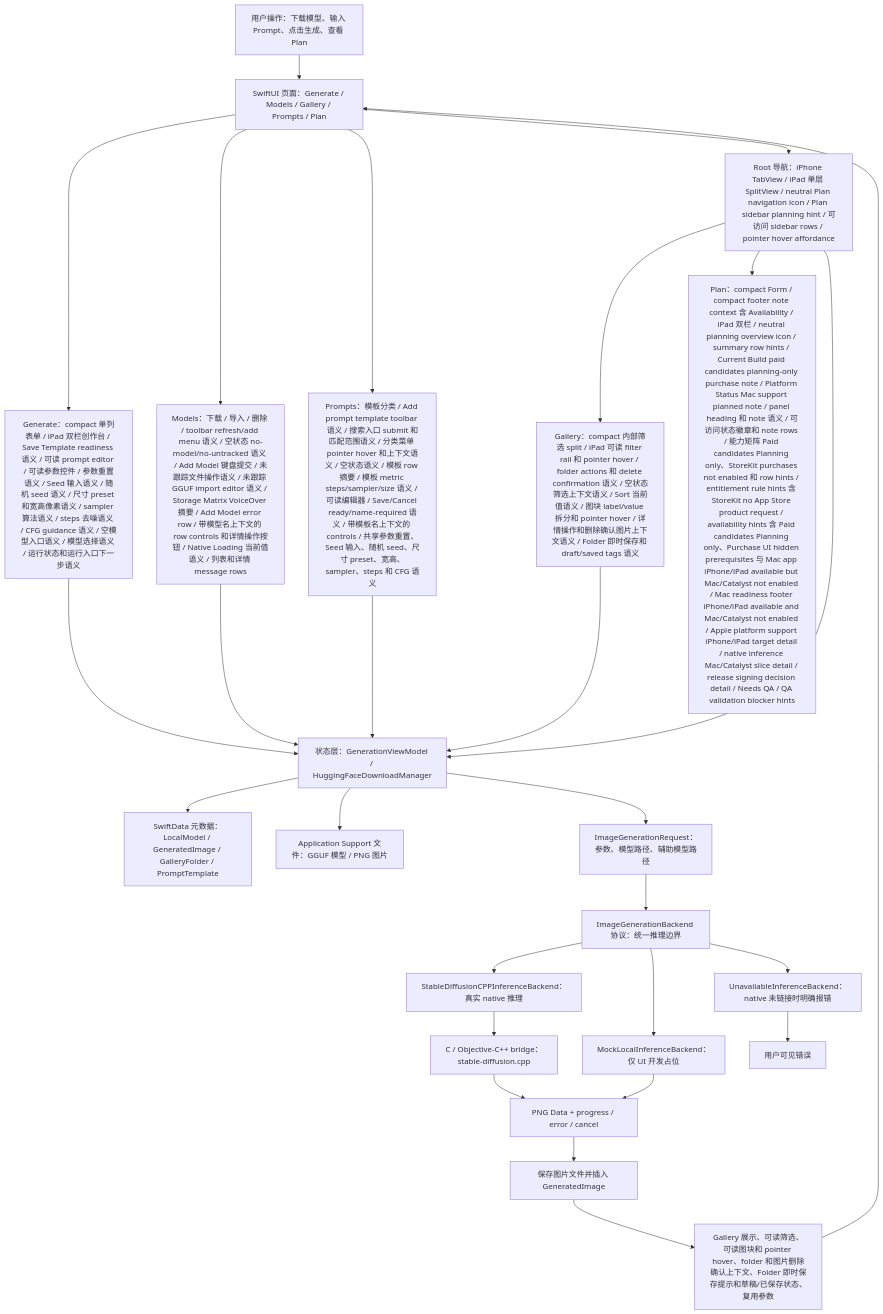
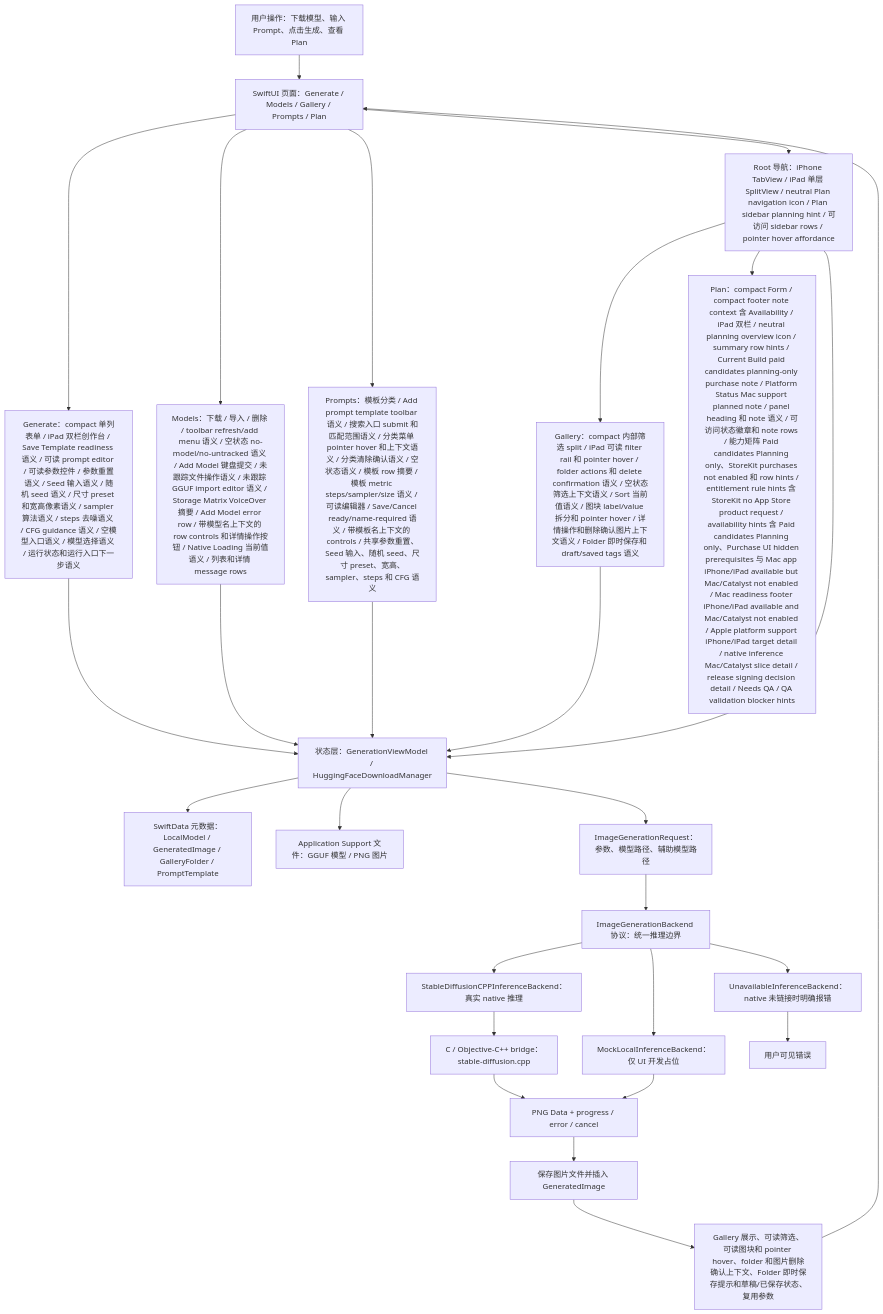
Before and after one commit to Altman-sam114/118: the first of 7 diagrams in md/flow/flowchart.md, drawn with Mermaid. The commit also changed 5 other files, not shown here.

````diff
--- a/md/flow/flowchart.md
+++ b/md/flow/flowchart.md
@@ -9,29 +9,29 @@
 ```mermaid
 flowchart TD
   U["用户操作：下载模型、输入 Prompt、点击生成、查看 Plan"] --> UI["SwiftUI 页面：Generate / Models / Gallery / Prompts / Plan"]
   UI --> GENUI["Generate：compact 单列表单 / iPad 双栏创作台 / Save Template readiness 语义 / 可读 prompt editor / 可读参数控件 / 参数重置语义 / Seed 输入语义 / 随机 seed 语义 / 尺寸 preset 和宽高像素语义 / sampler 算法语义 / steps 去噪语义 / CFG guidance 语义 / 空模型入口语义 / 模型选择语义 / 运行状态和运行入口下一步语义"]
   UI --> MODELUI["Models：下载 / 导入 / 删除 / toolbar refresh/add menu 语义 / 空状态 no-model/no-untracked 语义 / Add Model 键盘提交 / 未跟踪文件操作语义 / 未跟踪 GGUF import editor 语义 / Storage Matrix VoiceOver 摘要 / Add Model error row / 带模型名上下文的 row controls 和详情操作按钮 / Native Loading 当前值语义 / 列表和详情 message rows"]
-  UI --> PROMPTUI["Prompts：模板分类 / Add prompt template toolbar 语义 / 搜索入口 submit 和匹配范围语义 / 分类菜单 pointer hover 和上下文语义 / 空状态语义 / 模板 row 摘要 / 模板 metric steps/sampler/size 语义 / 可读编辑器 / Save/Cancel ready/name-required 语义 / 带模板名上下文的 controls / 共享参数重置、Seed 输入、随机 seed、尺寸 preset、宽高、sampler、steps 和 CFG 语义"]
+  UI --> PROMPTUI["Prompts：模板分类 / Add prompt template toolbar 语义 / 搜索入口 submit 和匹配范围语义 / 分类菜单 pointer hover 和上下文语义 / 分类清除确认语义 / 空状态语义 / 模板 row 摘要 / 模板 metric steps/sampler/size 语义 / 可读编辑器 / Save/Cancel ready/name-required 语义 / 带模板名上下文的 controls / 共享参数重置、Seed 输入、随机 seed、尺寸 preset、宽高、sampler、steps 和 CFG 语义"]
   UI --> NAV["Root 导航：iPhone TabView / iPad 单层 SplitView / neutral Plan navigation icon / Plan sidebar planning hint / 可访问 sidebar rows / pointer hover affordance"]
   NAV --> GALUI["Gallery：compact 内部筛选 split / iPad 可读 filter rail 和 pointer hover / folder actions 和 delete confirmation 语义 / 空状态筛选上下文语义 / Sort 当前值语义 / 图块 label/value 拆分和 pointer hover / 详情操作和删除确认图片上下文语义 / Folder 即时保存和 draft/saved tags 语义"]
   NAV --> PLANUI["Plan：compact Form / compact footer note context 含 Availability / iPad 双栏 / neutral planning overview icon / summary row hints / Current Build paid candidates planning-only purchase note / Platform Status Mac support planned note / panel heading 和 note 语义 / 可访问状态徽章和 note rows / 能力矩阵 Paid candidates Planning only、StoreKit purchases not enabled 和 row hints / entitlement rule hints 含 StoreKit no App Store product request / availability hints 含 Paid candidates Planning only、Purchase UI hidden prerequisites 与 Mac app iPhone/iPad available but Mac/Catalyst not enabled / Mac readiness footer iPhone/iPad available and Mac/Catalyst not enabled / Apple platform support iPhone/iPad target detail / native inference Mac/Catalyst slice detail / release signing decision detail / Needs QA / QA validation blocker hints"]
   NAV --> VM["状态层：GenerationViewModel / HuggingFaceDownloadManager"]
   GENUI --> VM
   MODELUI --> VM
   PROMPTUI --> VM
   GALUI --> VM
   VM --> SD["SwiftData 元数据：LocalModel / GeneratedImage / GalleryFolder / PromptTemplate"]
   VM --> FS["Application Support 文件：GGUF 模型 / PNG 图片"]
   VM --> REQ["ImageGenerationRequest：参数、模型路径、辅助模型路径"]
   REQ --> IFACE["ImageGenerationBackend 协议：统一推理边界"]
   IFACE --> NATIVE["StableDiffusionCPPInferenceBackend：真实 native 推理"]
   IFACE --> MOCK["MockLocalInferenceBackend：仅 UI 开发占位"]
   IFACE --> OFF["UnavailableInferenceBackend：native 未链接时明确报错"]
   NATIVE --> BRIDGE["C / Objective-C++ bridge：stable-diffusion.cpp"]
   BRIDGE --> PNG["PNG Data + progress / error / cancel"]
   MOCK --> PNG
   OFF --> ERR["用户可见错误"]
   PNG --> SAVE["保存图片文件并插入 GeneratedImage"]
   SAVE --> GALLERY["Gallery 展示、可读筛选、可读图块和 pointer hover、folder 和图片删除确认上下文、Folder 即时保存提示和草稿/已保存状态、复用参数"]
   GALLERY --> UI
 ```
````
